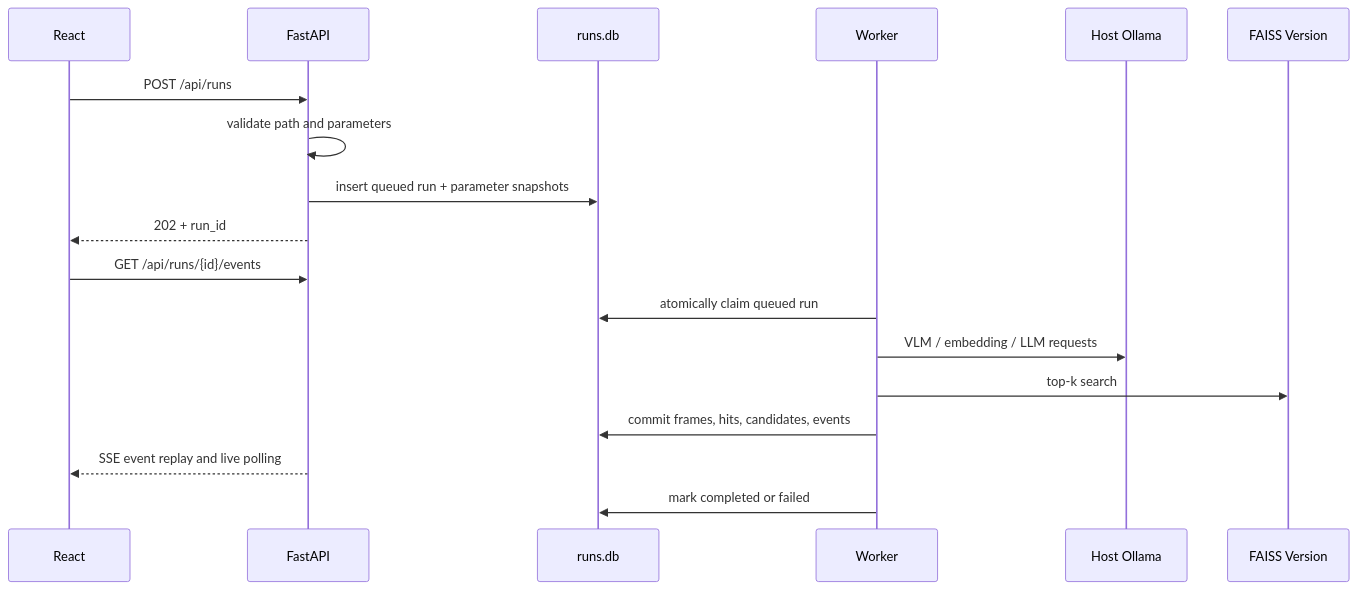
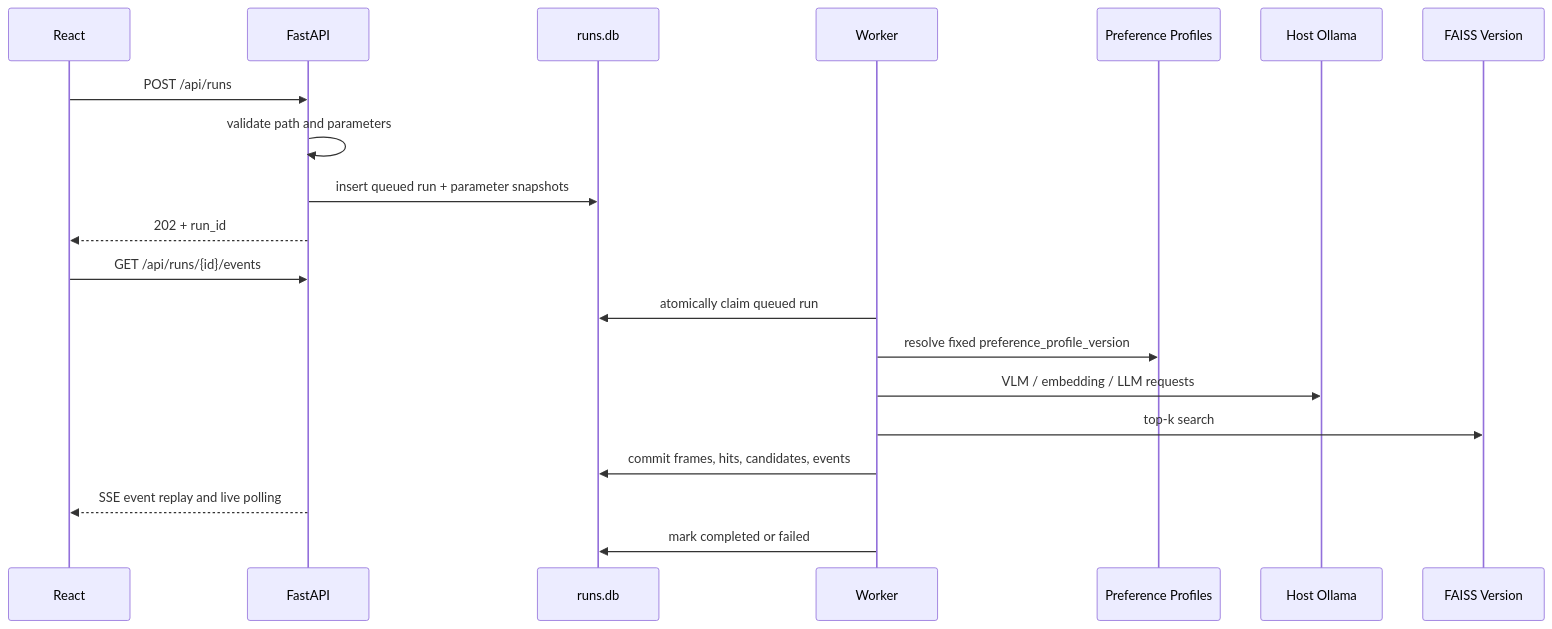
One commit to qwer1234-cloud/GifAgent changed the fourth of 4 diagrams in docs/superpowers/specs/2026-06-18-rag-observability-workbench-design.md. Above: the diagram before and after it, drawn with Mermaid. The commit also changed other lines of this file, not shown here.

Commit message:
docs: unify RAG visualization and preference memory

````diff
--- a/docs/superpowers/specs/2026-06-18-rag-observability-workbench-design.md
+++ b/docs/superpowers/specs/2026-06-18-rag-observability-workbench-design.md
@@ -377,21 +891,23 @@
 ```mermaid
 sequenceDiagram
     participant UI as React
     participant API as FastAPI
     participant DB as runs.db
     participant W as Worker
+    participant P as Preference Profiles
     participant O as Host Ollama
     participant F as FAISS Version
 
     UI->>API: POST /api/runs
     API->>API: validate path and parameters
     API->>DB: insert queued run + parameter snapshots
     API-->>UI: 202 + run_id
     UI->>API: GET /api/runs/{id}/events
     W->>DB: atomically claim queued run
+    W->>P: resolve fixed preference_profile_version
     W->>O: VLM / embedding / LLM requests
     W->>F: top-k search
     W->>DB: commit frames, hits, candidates, events
     API-->>UI: SSE event replay and live polling
     W->>DB: mark completed or failed
 ```
````
